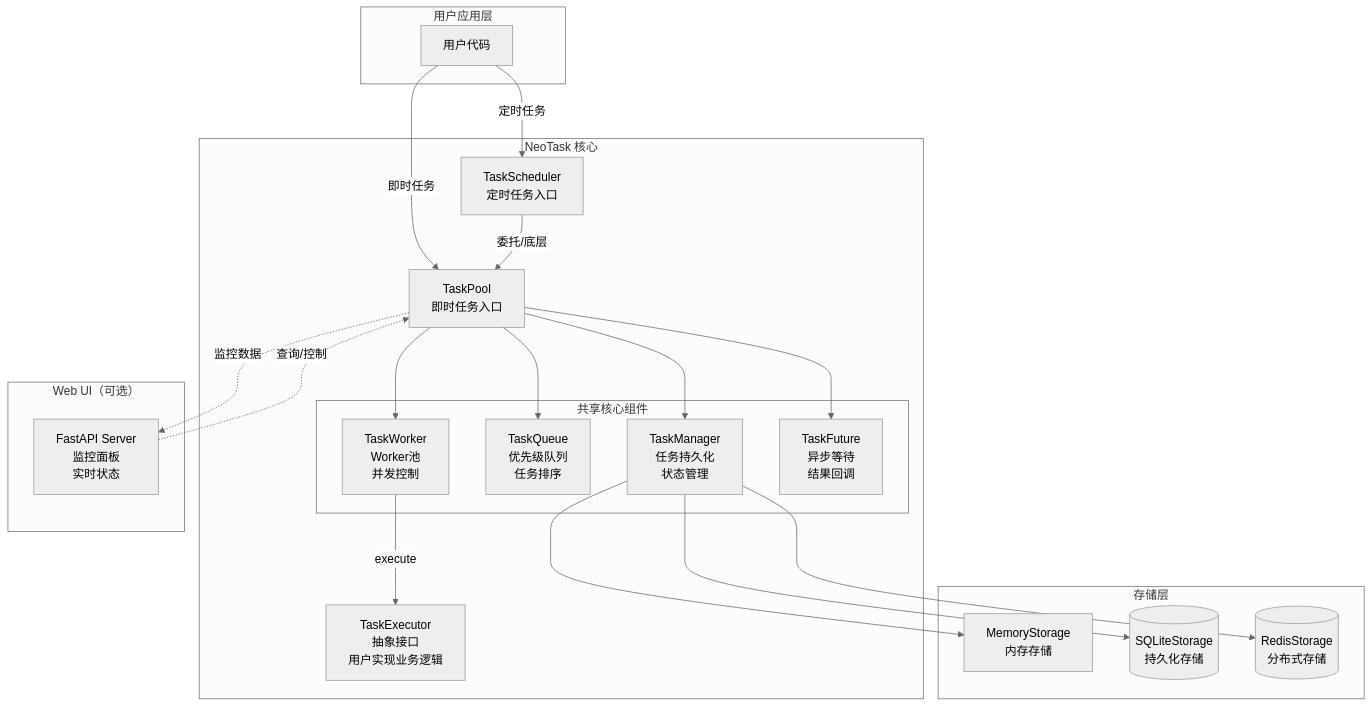
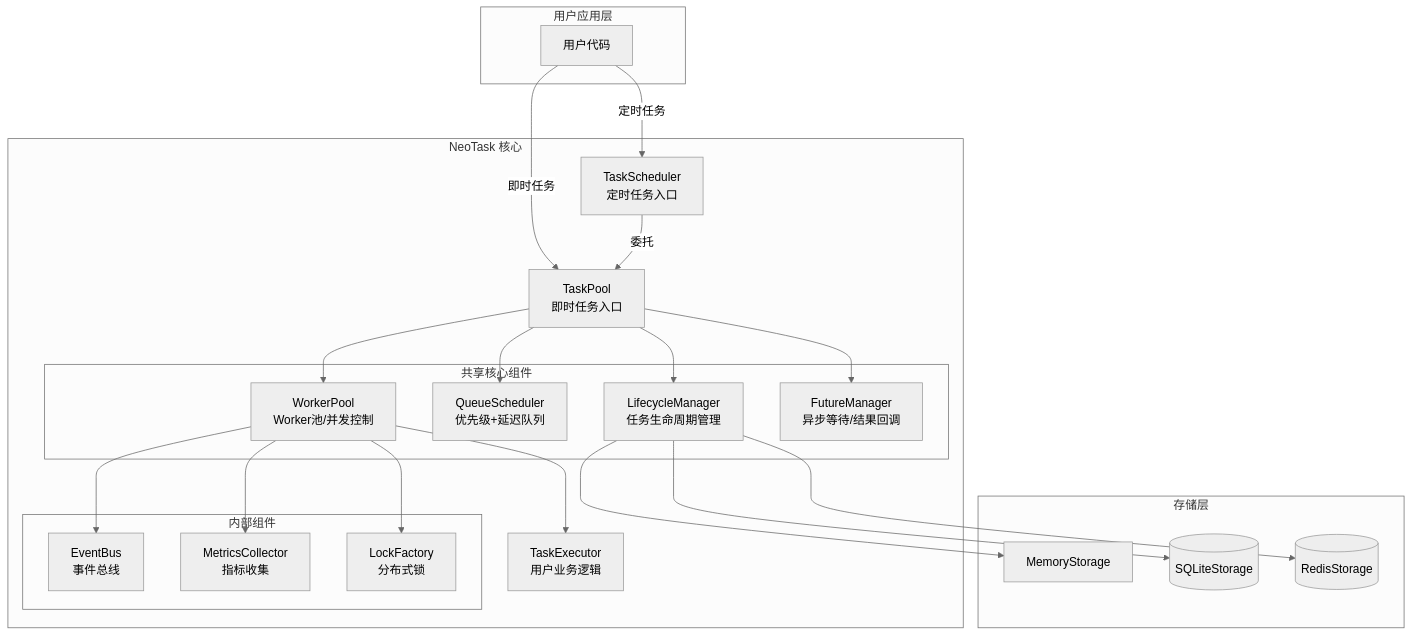
The first of 2 diagrams in README.md (neopen/neotask), drawn with Mermaid (neutral theme) before and after one commit. The commit also changed other lines of this file and 2 other files, not shown here.

````diff
--- a/README.md
+++ b/README.md
@@ -28,44 +41,49 @@
 ```mermaid
 graph TB
     subgraph User["用户应用层"]
         APP[用户代码]
     end
     
     subgraph NeoTask["NeoTask 核心"]
         TP[TaskPool<br/>即时任务入口]
         TS[TaskScheduler<br/>定时任务入口]
         
         subgraph Core["共享核心组件"]
-            TM[TaskManager<br/>任务持久化<br/>状态管理]
-            TQ[TaskQueue<br/>优先级队列<br/>任务排序]
-            TW[TaskWorker<br/>Worker池<br/>并发控制]
-            TF[TaskFuture<br/>异步等待<br/>结果回调]
+            LM[LifecycleManager<br/>任务生命周期管理]
+            QS[QueueScheduler<br/>优先级+延迟队列]
+            WP[WorkerPool<br/>Worker池/并发控制]
+            FM[FutureManager<br/>异步等待/结果回调]
         end
         
-        EX[TaskExecutor<br/>抽象接口<br/>用户实现业务逻辑]
+        subgraph Internal["内部组件"]
+            EB[EventBus<br/>事件总线]
+            MC[MetricsCollector<br/>指标收集]
+            LF[LockFactory<br/>分布式锁]
+        end
+        
+        EX[TaskExecutor<br/>用户业务逻辑]
     end
     
     subgraph Storage["存储层"]
-        MEM[MemoryStorage<br/>内存存储]
-        SQLITE[(SQLiteStorage<br/>持久化存储)]
-        REDIS[(RedisStorage<br/>分布式存储)]
-    end
-    
-    subgraph UI["Web UI（可选）"]
-        WEB[FastAPI Server<br/>监控面板<br/>实时状态]
+        MEM[MemoryStorage]
+        SQLITE[(SQLiteStorage)]
+        REDIS[(RedisStorage)]
     end
     
     APP -->|即时任务| TP
     APP -->|定时任务| TS
-    TS -->|委托/底层| TP
-    TP --> TM
-    TP --> TQ
-    TP --> TW
-    TP --> TF
-    TW -->|execute| EX
-    TM --> MEM
-    TM --> SQLITE
-    TM --> REDIS
-    TP -.->|监控数据| WEB
-    WEB -.->|查询/控制| TP
+    TS -->|委托| TP
+    TP --> LM
+    TP --> QS
+    TP --> WP
+    TP --> FM
+    
+    LM --> MEM
+    LM --> SQLITE
+    LM --> REDIS
+    
+    WP --> EX
+    WP --> EB
+    WP --> MC
+    WP --> LF
 ```
````
